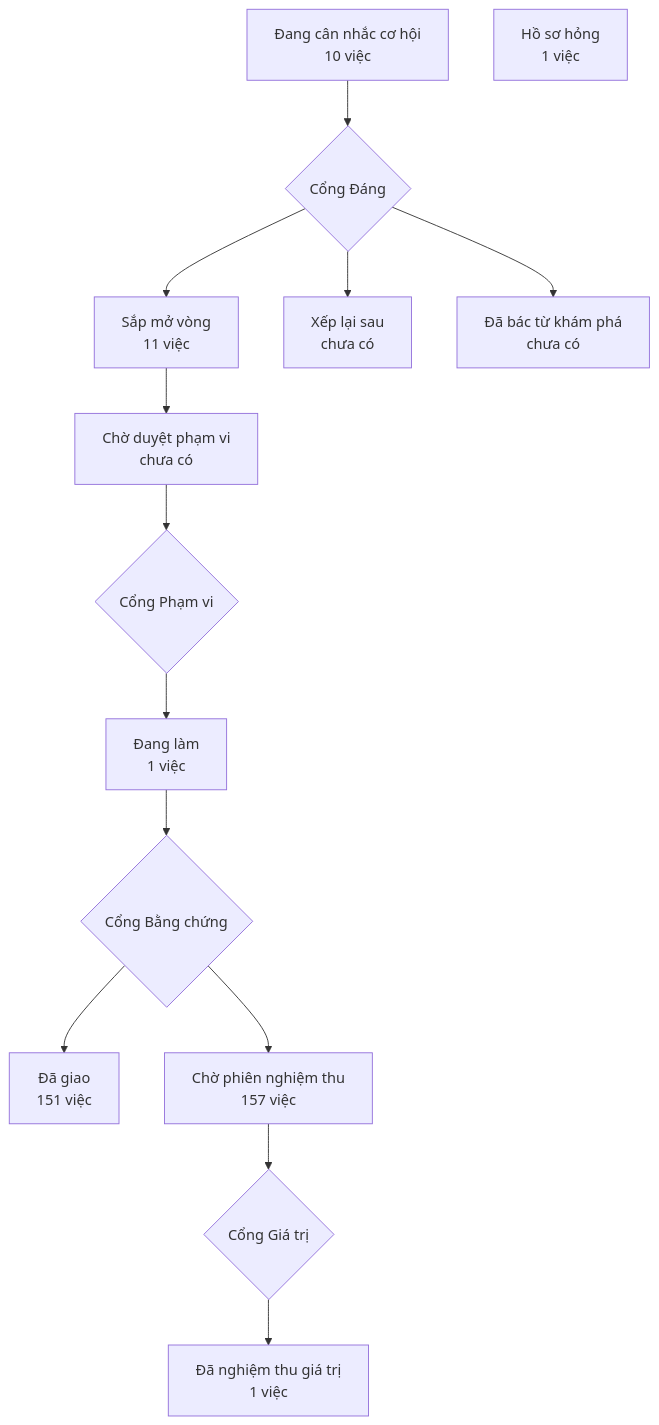
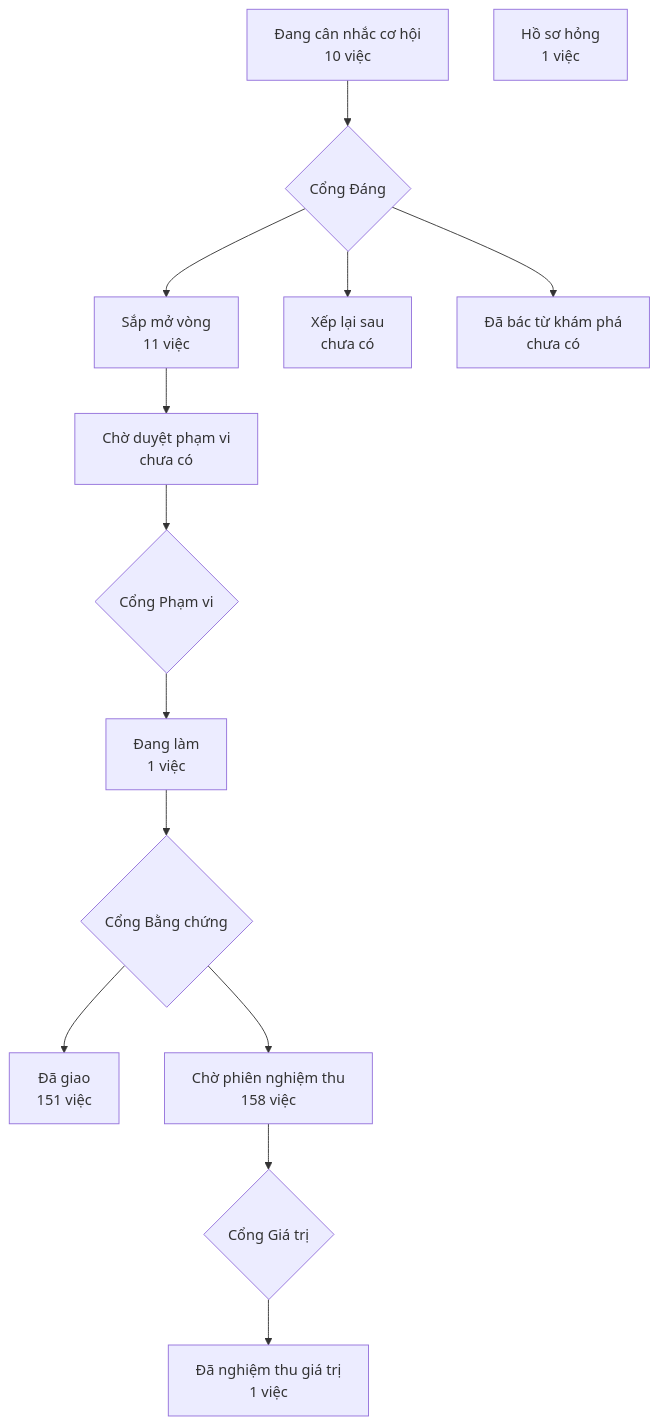
Before and after one commit to phanlemanh/crm-onehub: the diagram in PRODUCT-MAP.md, drawn with Mermaid. The commit also changed 1 other file, not shown here.

Commit message:
docs(khung-cho-don-vi-mot-hinh): vẽ lại bản đồ sau gộp onehub (#516)

````diff
--- a/PRODUCT-MAP.md
+++ b/PRODUCT-MAP.md
@@ -7,13 +7,13 @@
 ```mermaid
 flowchart TD
   A["Đang cân nhắc cơ hội<br/>10 việc"] --> GD{"Cổng Đáng"}
   GD --> B["Sắp mở vòng<br/>11 việc"]
   GD --> XL["Xếp lại sau<br/>chưa có"]
   GD --> DB["Đã bác từ khám phá<br/>chưa có"]
   B --> CD["Chờ duyệt phạm vi<br/>chưa có"] --> GP{"Cổng Phạm vi"}
   GP --> DL["Đang làm<br/>1 việc"] --> GB{"Cổng Bằng chứng"}
   GB --> DG["Đã giao<br/>151 việc"]
-  GB --> CN["Chờ phiên nghiệm thu<br/>157 việc"] --> GG{"Cổng Giá trị"}
+  GB --> CN["Chờ phiên nghiệm thu<br/>158 việc"] --> GG{"Cổng Giá trị"}
   GG --> NT["Đã nghiệm thu giá trị<br/>1 việc"]
   HS["Hồ sơ hỏng<br/>1 việc"]
 ```
````
